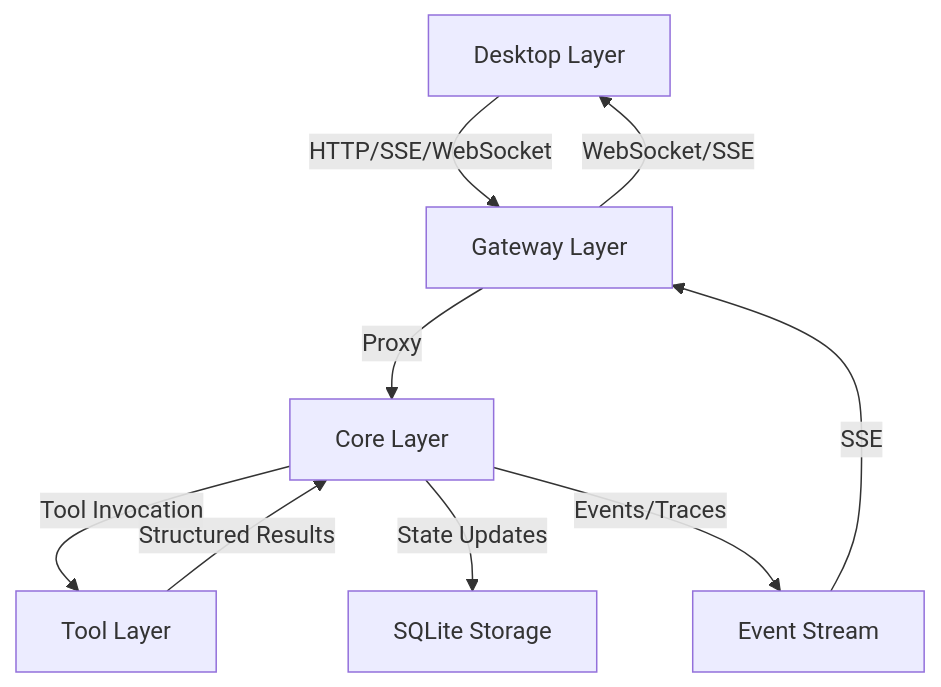
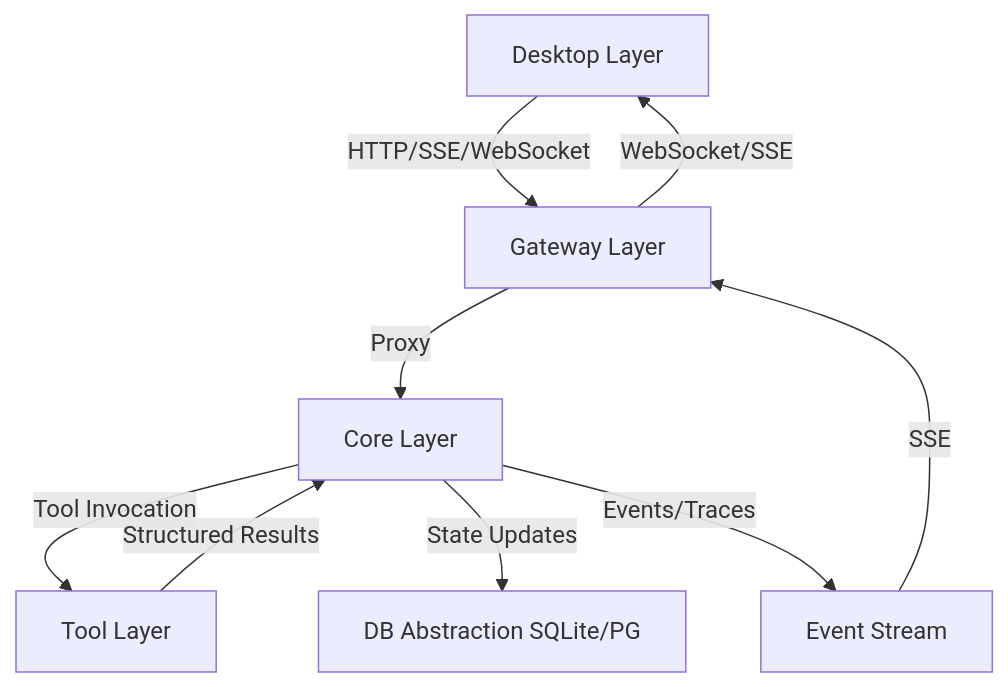
One commit to Tinadec/TinadecOffice changed the diagram in AGENTS.md. Above: the diagram before and after it, drawn with Mermaid. The commit also changed other lines of this file and 77 other files, not shown here.

````diff
--- a/AGENTS.md
+++ b/AGENTS.md
@@ -100,11 +100,11 @@
 ```mermaid
 graph TD
     A[Desktop Layer] -->|HTTP/SSE/WebSocket| B[Gateway Layer]
     B -->|Proxy| C[Core Layer]
     C -->|Tool Invocation| D[Tool Layer]
     D -->|Structured Results| C
-    C -->|State Updates| E[SQLite Storage]
+    C -->|State Updates| E[DB Abstraction SQLite/PG]
     C -->|Events/Traces| F[Event Stream]
     F -->|SSE| B
     B -->|WebSocket/SSE| A
 ```
````
